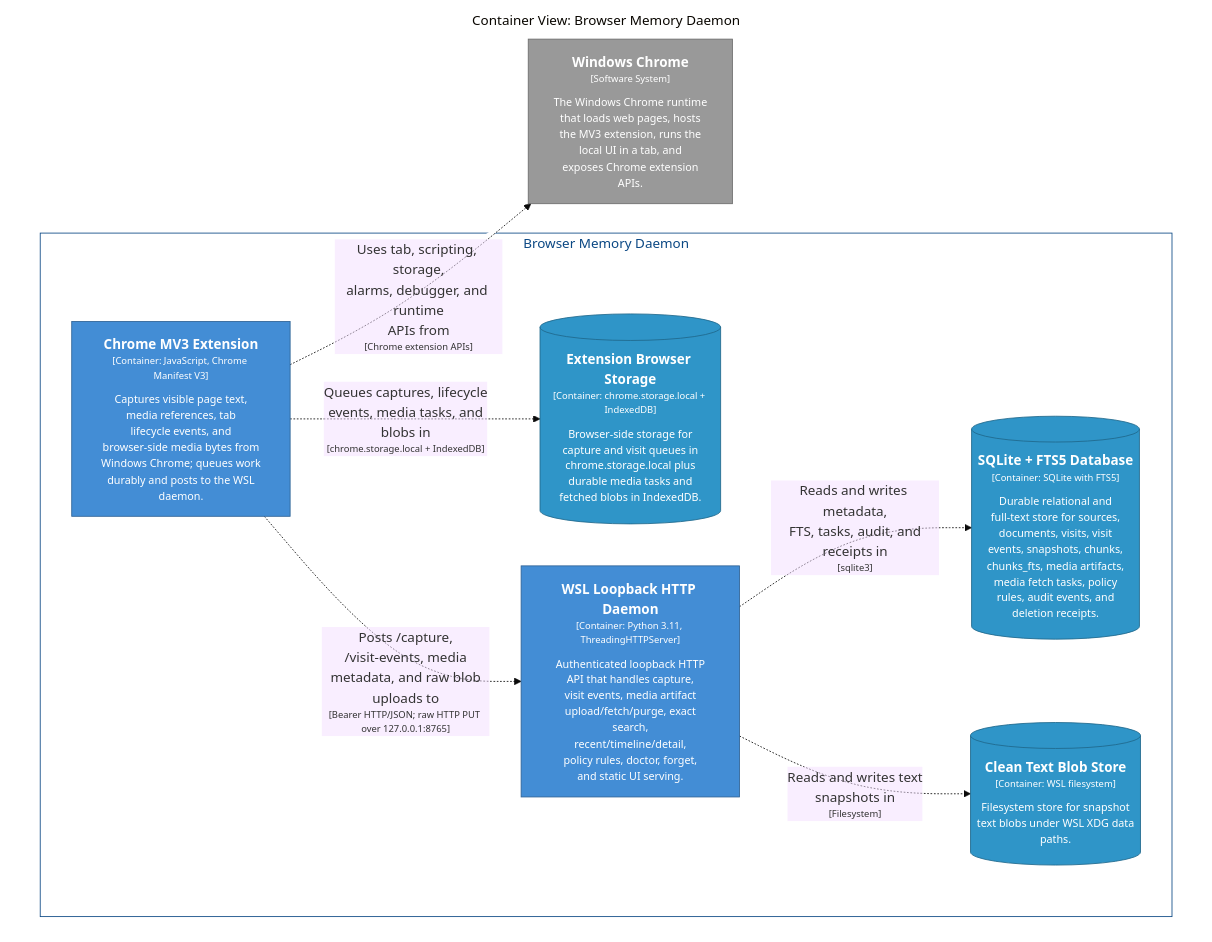
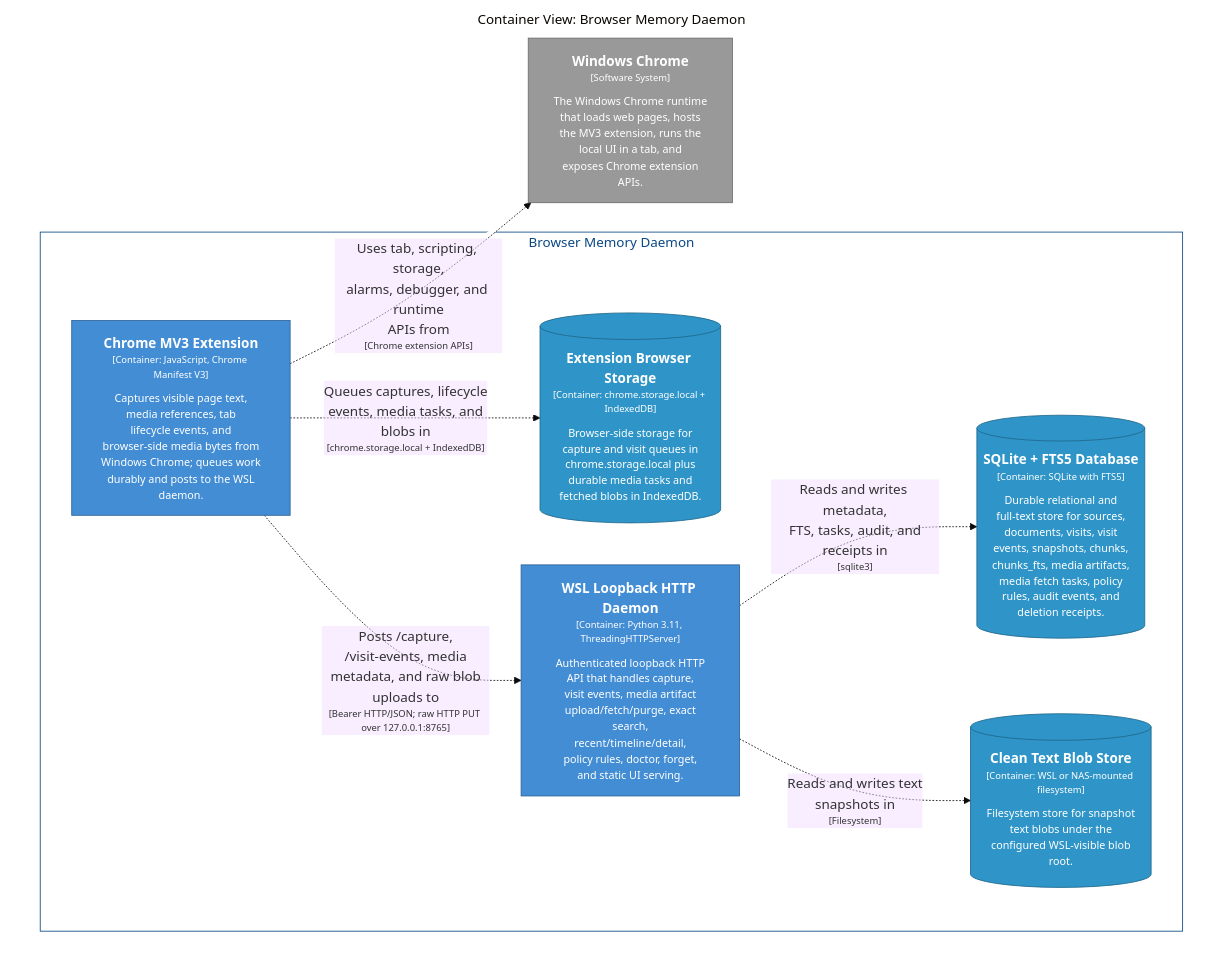
Before and after one commit to michaelnicks0/browser-memory-daemon: the diagram in docs/architecture/diagrams/structurizr-CaptureContainers.mmd, drawn with Mermaid (base theme). The commit also changed 148 other files, not shown here.

Commit message:
feat: support NAS-backed blob root

```diff
--- a/docs/architecture/diagrams/structurizr-CaptureContainers.mmd
+++ b/docs/architecture/diagrams/structurizr-CaptureContainers.mmd
@@ -1,31 +1,31 @@
 graph TB
   linkStyle default fill:#ffffff
 
   subgraph diagram ["Container View: Browser Memory Daemon"]
     style diagram fill:#ffffff,stroke:#ffffff
 
     2["<div style='font-weight: bold'>Windows Chrome</div><div style='font-size: 70%; margin-top: 0px'>[Software System]</div><div style='font-size: 80%; margin-top:10px'>The Windows Chrome runtime<br />that loads web pages, hosts<br />the MV3 extension, runs the<br />local UI in a tab, and<br />exposes Chrome extension<br />APIs.</div>"]
     style 2 fill:#999999,stroke:#6b6b6b,color:#ffffff
 
     subgraph 4 ["Browser Memory Daemon"]
       style 4 fill:#ffffff,stroke:#0b4884,color:#0b4884
 
       13[("<div style='font-weight: bold'>Extension Browser Storage</div><div style='font-size: 70%; margin-top: 0px'>[Container: chrome.storage.local + IndexedDB]</div><div style='font-size: 80%; margin-top:10px'>Browser-side storage for<br />capture and visit queues in<br />chrome.storage.local plus<br />durable media tasks and<br />fetched blobs in IndexedDB.</div>")]
       style 13 fill:#2f95c8,stroke:#20688c,color:#ffffff
       14["<div style='font-weight: bold'>WSL Loopback HTTP Daemon</div><div style='font-size: 70%; margin-top: 0px'>[Container: Python 3.11, ThreadingHTTPServer]</div><div style='font-size: 80%; margin-top:10px'>Authenticated loopback HTTP<br />API that handles capture,<br />visit events, media artifact<br />upload/fetch/purge, exact<br />search,<br />recent/timeline/detail,<br />policy rules, doctor, forget,<br />and static UI serving.</div>"]
       style 14 fill:#438dd5,stroke:#2e6295,color:#ffffff
       27[("<div style='font-weight: bold'>SQLite + FTS5 Database</div><div style='font-size: 70%; margin-top: 0px'>[Container: SQLite with FTS5]</div><div style='font-size: 80%; margin-top:10px'>Durable relational and<br />full-text store for sources,<br />documents, visits, visit<br />events, snapshots, chunks,<br />chunks_fts, media artifacts,<br />media fetch tasks, policy<br />rules, audit events, and<br />deletion receipts.</div>")]
       style 27 fill:#2f95c8,stroke:#20688c,color:#ffffff
-      28[("<div style='font-weight: bold'>Clean Text Blob Store</div><div style='font-size: 70%; margin-top: 0px'>[Container: WSL filesystem]</div><div style='font-size: 80%; margin-top:10px'>Filesystem store for snapshot<br />text blobs under WSL XDG data<br />paths.</div>")]
+      28[("<div style='font-weight: bold'>Clean Text Blob Store</div><div style='font-size: 70%; margin-top: 0px'>[Container: WSL or NAS-mounted filesystem]</div><div style='font-size: 80%; margin-top:10px'>Filesystem store for snapshot<br />text blobs under the<br />configured WSL-visible blob<br />root.</div>")]
       style 28 fill:#2f95c8,stroke:#20688c,color:#ffffff
       5["<div style='font-weight: bold'>Chrome MV3 Extension</div><div style='font-size: 70%; margin-top: 0px'>[Container: JavaScript, Chrome Manifest V3]</div><div style='font-size: 80%; margin-top:10px'>Captures visible page text,<br />media references, tab<br />lifecycle events, and<br />browser-side media bytes from<br />Windows Chrome; queues work<br />durably and posts to the WSL<br />daemon.</div>"]
       style 5 fill:#438dd5,stroke:#2e6295,color:#ffffff
     end
 
     5-. "<div>Uses tab, scripting, storage,<br />alarms, debugger, and runtime<br />APIs from</div><div style='font-size: 70%'>[Chrome extension APIs]</div>" .->2
     5-. "<div>Queues captures, lifecycle<br />events, media tasks, and<br />blobs in</div><div style='font-size: 70%'>[chrome.storage.local + IndexedDB]</div>" .->13
     5-. "<div>Posts /capture,<br />/visit-events, media<br />metadata, and raw blob<br />uploads to</div><div style='font-size: 70%'>[Bearer HTTP/JSON; raw HTTP PUT over 127.0.0.1:8765]</div>" .->14
     14-. "<div>Reads and writes metadata,<br />FTS, tasks, audit, and<br />receipts in</div><div style='font-size: 70%'>[sqlite3]</div>" .->27
     14-. "<div>Reads and writes text<br />snapshots in</div><div style='font-size: 70%'>[Filesystem]</div>" .->28
 
   end
```
